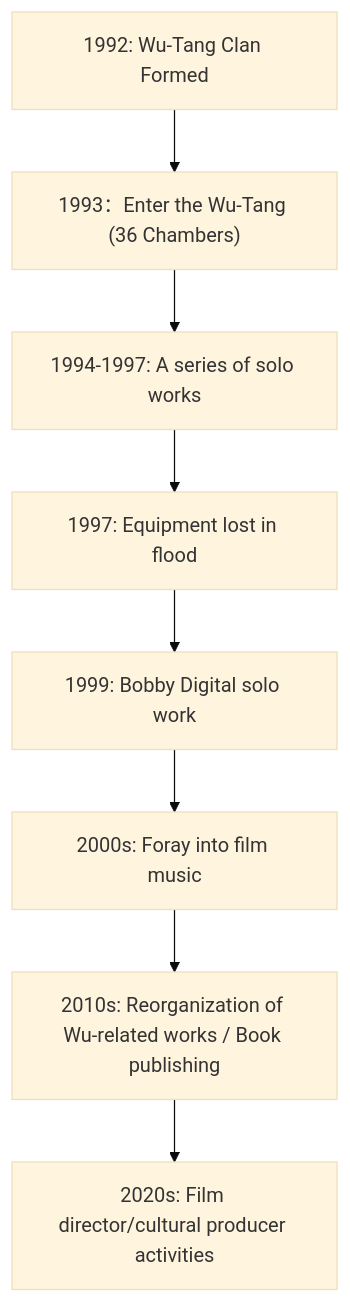
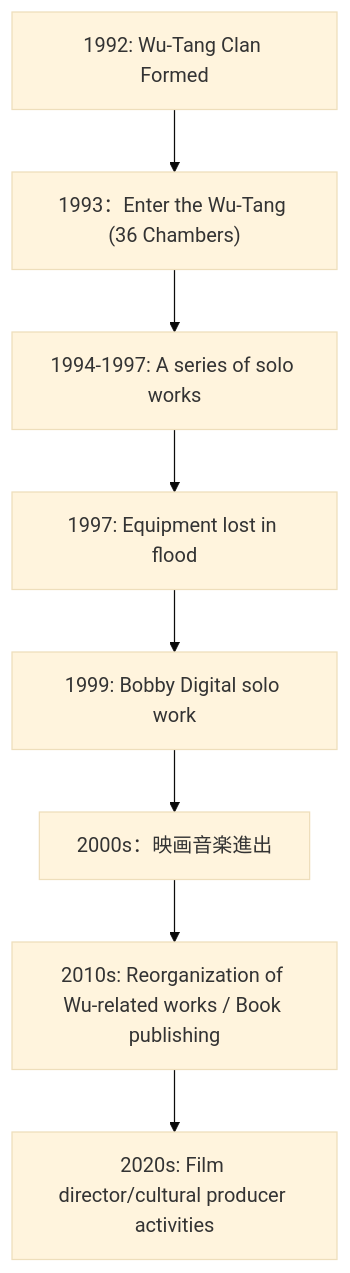
One commit to monumental-movement/monumental-movement.github.io changed the eighth of 8 diagrams in en/_posts/2025-11-21-column-rza.md. Above: the diagram before and after it, drawn with Mermaid (base theme). The commit also changed other lines of this file and 1012 other files, not shown here.

```diff
--- a/en/_posts/2025-11-21-column-rza.md
+++ b/en/_posts/2025-11-21-column-rza.md
@@ -268,12 +268,12 @@
 <div class="mermaid">
 
 flowchart TD
     A["1992: Wu-Tang Clan Formed"] --> B["1993：Enter the Wu-Tang (36 Chambers)"]
     B --> C["1994-1997: A series of solo works"]
     C --> D["1997: Equipment lost in flood"]
     D --> E["1999: Bobby Digital solo work"]
-    E --> F["2000s: Foray into film music"]
+    E --> F["2000s：映画音楽進出"]
     F --> G["2010s: Reorganization of Wu-related works / Book publishing"]
     G --> H["2020s: Film director/cultural producer activities"]
 
 </div>
```
